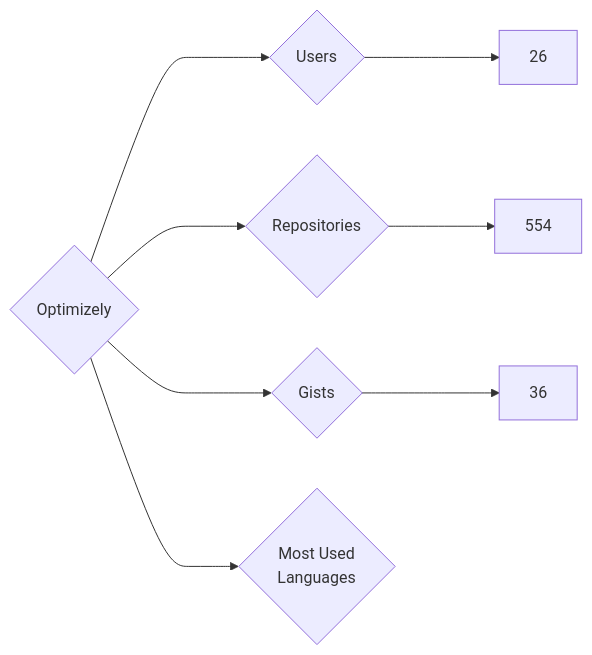
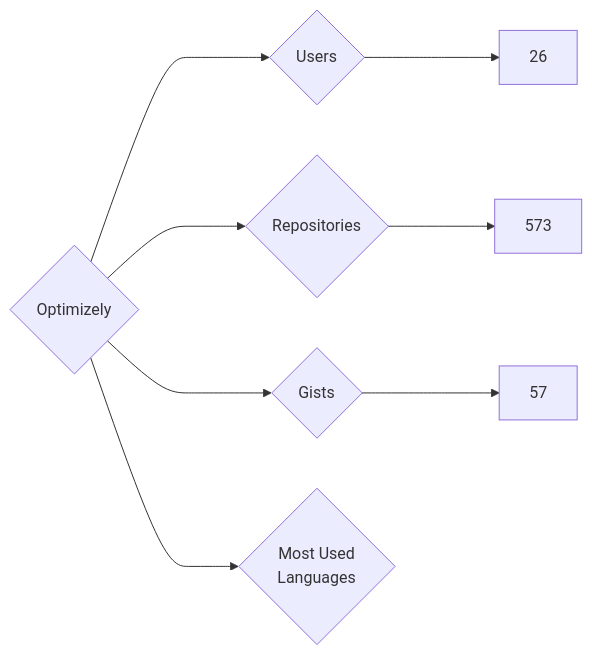
The diagram in targets/Optimizely/README.md (nenadzaric/insiders), drawn with Mermaid before and after one commit. The commit also changed 1342 other files, not shown here.

````diff
--- a/targets/Optimizely/README.md
+++ b/targets/Optimizely/README.md
@@ -3,8 +3,8 @@
 ```mermaid
 graph LR
 COMPANY_NAME{Optimizely}
 COMPANY_NAME ---> U{Users} ---> UN[26]
-COMPANY_NAME ---> R{Repositories} ---> RN[554]
-COMPANY_NAME ---> G{Gists} ---> GN[36]
+COMPANY_NAME ---> R{Repositories} ---> RN[573]
+COMPANY_NAME ---> G{Gists} ---> GN[57]
 COMPANY_NAME ---> ML{Most Used<br>Languages}
 ```
````
